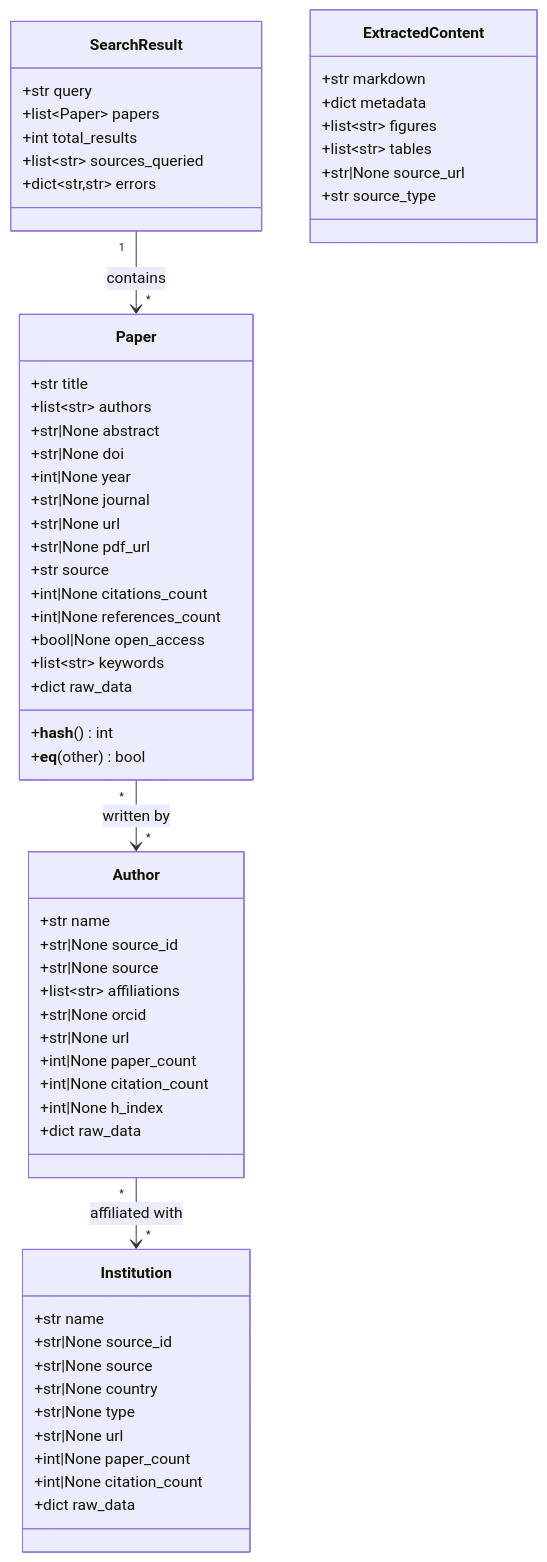
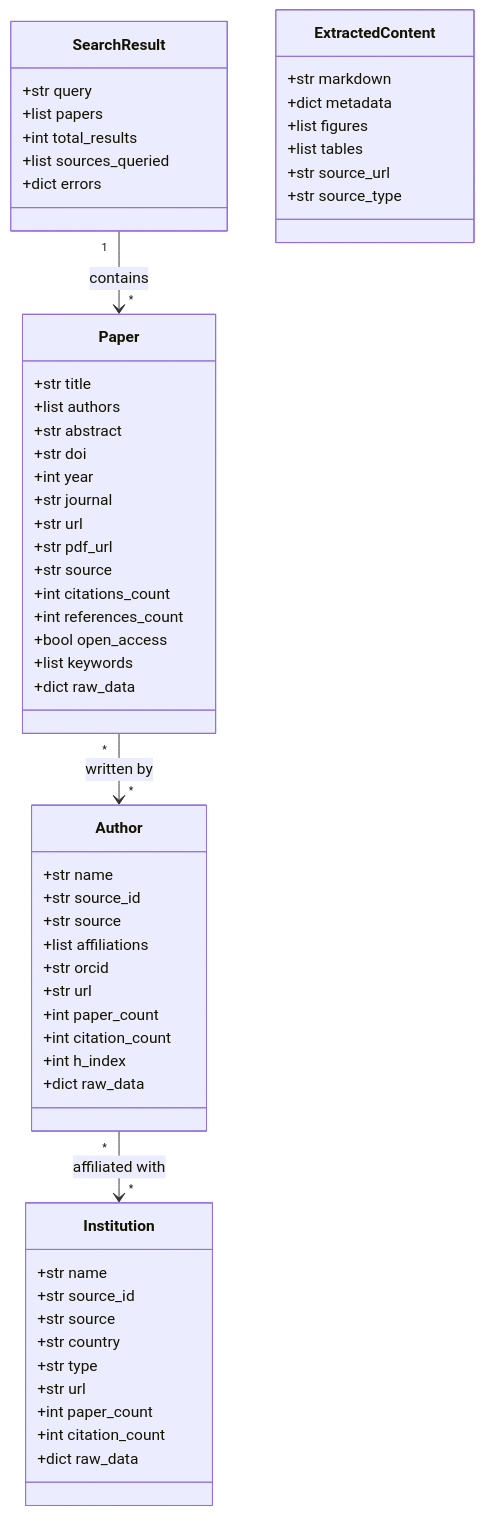
Before and after one commit to SteadfastAsArt/paper-ladder: the tenth of 15 diagrams in docs/ARCHITECTURE.md, drawn with Mermaid. The commit also changed other lines of this file, not shown here.

Commit message:
Fix Mermaid syntax for GitHub compatibility

````diff
--- a/docs/ARCHITECTURE.md
+++ b/docs/ARCHITECTURE.md
@@ -526,67 +516,65 @@
 ```mermaid
 classDiagram
     class Paper {
         +str title
-        +list~str~ authors
-        +str|None abstract
-        +str|None doi
-        +int|None year
-        +str|None journal
-        +str|None url
-        +str|None pdf_url
+        +list authors
+        +str abstract
+        +str doi
+        +int year
+        +str journal
+        +str url
+        +str pdf_url
         +str source
-        +int|None citations_count
-        +int|None references_count
-        +bool|None open_access
-        +list~str~ keywords
+        +int citations_count
+        +int references_count
+        +bool open_access
+        +list keywords
         +dict raw_data
-        +__hash__() int
-        +__eq__(other) bool
     }
 
     class Author {
         +str name
-        +str|None source_id
-        +str|None source
-        +list~str~ affiliations
-        +str|None orcid
-        +str|None url
-        +int|None paper_count
-        +int|None citation_count
-        +int|None h_index
+        +str source_id
+        +str source
+        +list affiliations
+        +str orcid
+        +str url
+        +int paper_count
+        +int citation_count
+        +int h_index
         +dict raw_data
     }
 
     class Institution {
         +str name
-        +str|None source_id
-        +str|None source
-        +str|None country
-        +str|None type
-        +str|None url
-        +int|None paper_count
-        +int|None citation_count
+        +str source_id
+        +str source
+        +str country
+        +str type
+        +str url
+        +int paper_count
+        +int citation_count
         +dict raw_data
     }
 
     class SearchResult {
         +str query
-        +list~Paper~ papers
+        +list papers
         +int total_results
-        +list~str~ sources_queried
-        +dict~str,str~ errors
+        +list sources_queried
+        +dict errors
     }
 
     class ExtractedContent {
         +str markdown
         +dict metadata
-        +list~str~ figures
-        +list~str~ tables
-        +str|None source_url
+        +list figures
+        +list tables
+        +str source_url
         +str source_type
     }
 
     SearchResult "1" --> "*" Paper : contains
     Paper "*" --> "*" Author : written by
     Author "*" --> "*" Institution : affiliated with
 ```
````
